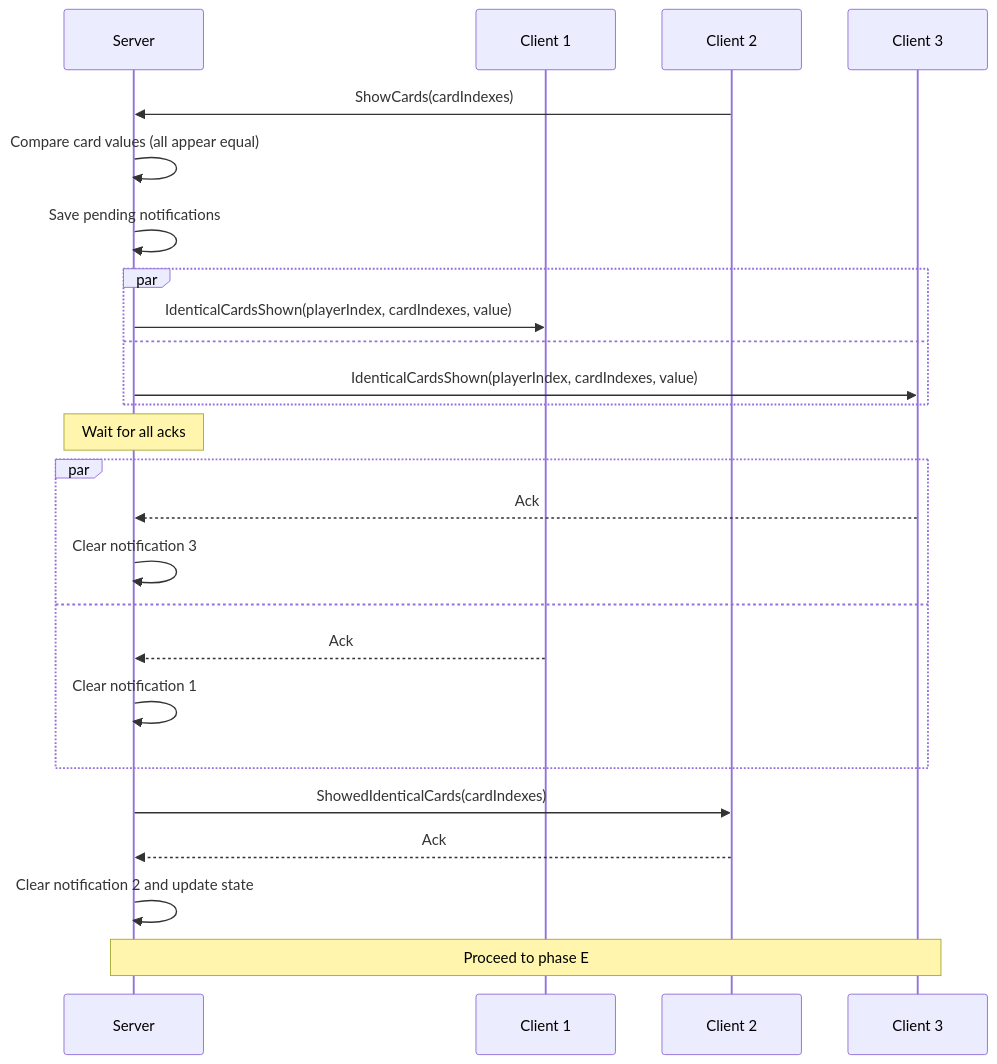
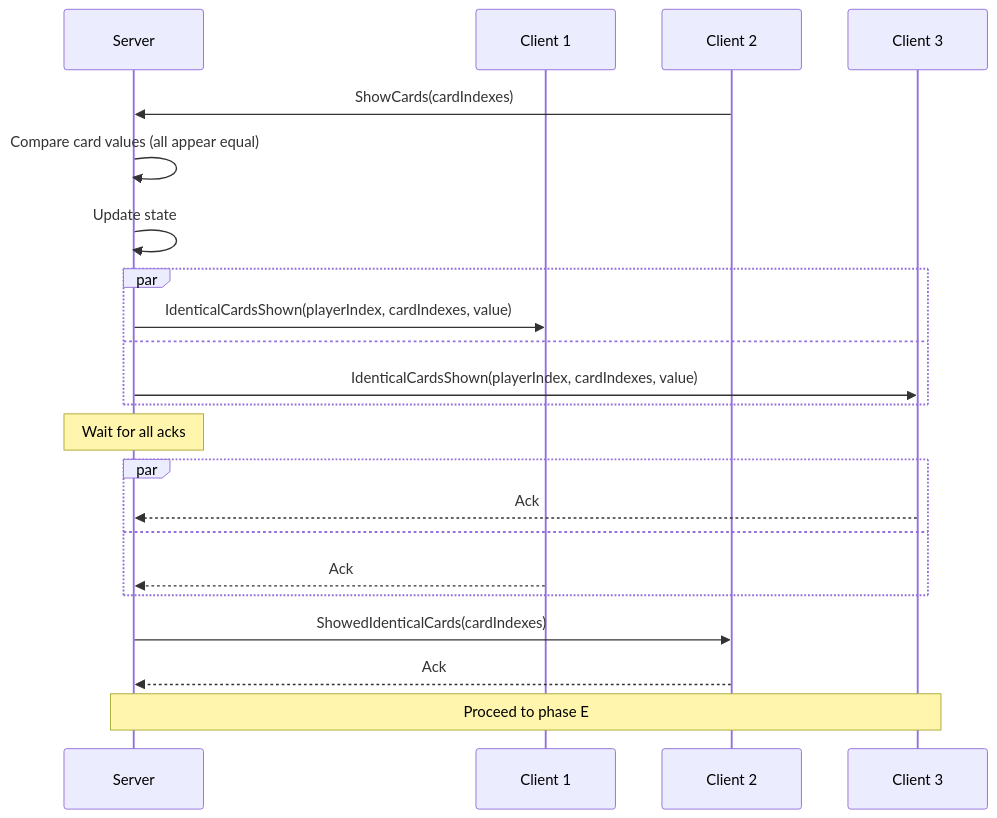
Before and after one commit to roman-zubarevich/another: the sixth of 15 diagrams in README.md, drawn with Mermaid. The commit also changed other lines of this file, not shown here.

````diff
--- a/README.md
+++ b/README.md
@@ -162,27 +155,24 @@
 ```mermaid
 sequenceDiagram
     participant S as Server
     participant C1 as Client 1
     participant C2 as Client 2
     participant C3 as Client 3
     C2->>S: ShowCards(cardIndexes)
     S->>S: Compare card values (all appear equal)
-    S->>S: Save pending notifications
+    S->>S: Update state
     par
         S->>C1: IdenticalCardsShown(playerIndex, cardIndexes, value)
     and
         S->>C3: IdenticalCardsShown(playerIndex, cardIndexes, value)
     end
     Note over S: Wait for all acks
     par
         C3-->>S: Ack
-        S->>S: Clear notification 3
     and
         C1-->>S: Ack
-        S->>S: Clear notification 1
     end
     S->>C2: ShowedIdenticalCards(cardIndexes)
     C2-->>S: Ack
-    S->>S: Clear notification 2 and update state
     Note over S,C3: Proceed to phase E
 ```
````
